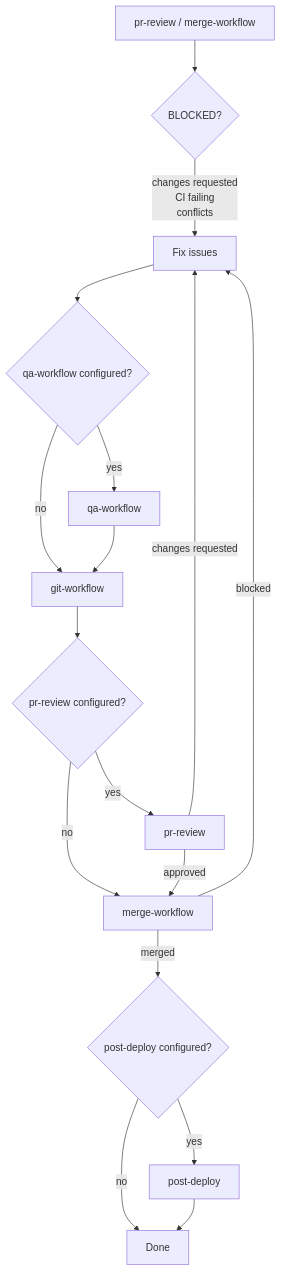
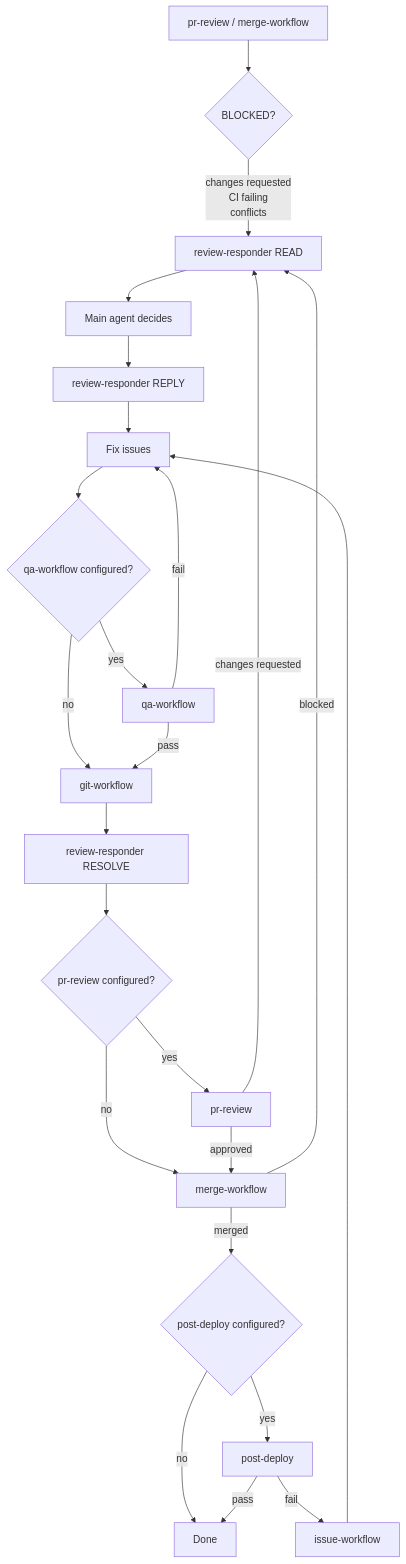
Before and after one commit to anthony-spruyt/claude-config: the diagram in .claude/rules/workflow-chain.md, drawn with Mermaid. The commit also changed other lines of this file and 4 other files, not shown here.

First line of the commit message:
feat(agents): add review-responder agent for PR comment handling (#48)

````diff
--- a/.claude/rules/workflow-chain.md
+++ b/.claude/rules/workflow-chain.md
@@ -58,19 +61,26 @@
 ```mermaid
 flowchart TD
     A[pr-review / merge-workflow] --> B{BLOCKED?}
-    B -->|changes requested<br>CI failing<br>conflicts| C[Fix issues]
-    C --> D{qa-workflow configured?}
-    D -->|yes| E[qa-workflow]
-    D -->|no| F[git-workflow]
-    E --> F
-    F --> G{pr-review configured?}
-    G -->|yes| H[pr-review]
-    G -->|no| I[merge-workflow]
-    H -->|approved| I
-    H -->|changes requested| C
-    I -->|blocked| C
-    I -->|merged| J{post-deploy configured?}
-    J -->|yes| K[post-deploy]
-    J -->|no| L[Done]
-    K --> L
+    B -->|changes requested<br>CI failing<br>conflicts| C[review-responder READ]
+    C --> D[Main agent decides]
+    D --> E[review-responder REPLY]
+    E --> F[Fix issues]
+    F --> G{qa-workflow configured?}
+    G -->|yes| H[qa-workflow]
+    G -->|no| I[git-workflow]
+    H -->|pass| I
+    H -->|fail| F
+    I --> J[review-responder RESOLVE]
+    J --> K{pr-review configured?}
+    K -->|yes| L[pr-review]
+    K -->|no| M[merge-workflow]
+    L -->|approved| M
+    L -->|changes requested| C
+    M -->|blocked| C
+    M -->|merged| N{post-deploy configured?}
+    N -->|yes| O[post-deploy]
+    N -->|no| P[Done]
+    O -->|pass| P
+    O -->|fail| Q[issue-workflow]
+    Q --> F
 ```
````
